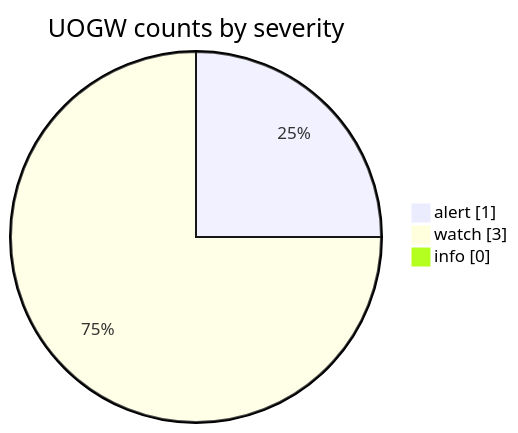
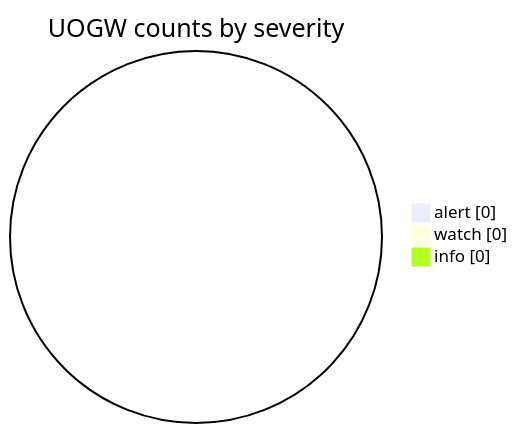
Before and after one commit to Midwest-Stratospheric/aerostratospheric-defense-gir: the fourth of 6 diagrams in docs/GRAPHS.md, drawn with Mermaid. The commit also changed other lines of this file and 24 other files, not shown here.

````diff
--- a/docs/GRAPHS.md
+++ b/docs/GRAPHS.md
@@ -66,7 +66,7 @@
 ```mermaid
 pie showData
   title UOGW counts by severity
-  "alert" : 1
-  "watch" : 3
+  "alert" : 0
+  "watch" : 0
   "info" : 0
 ```
````
